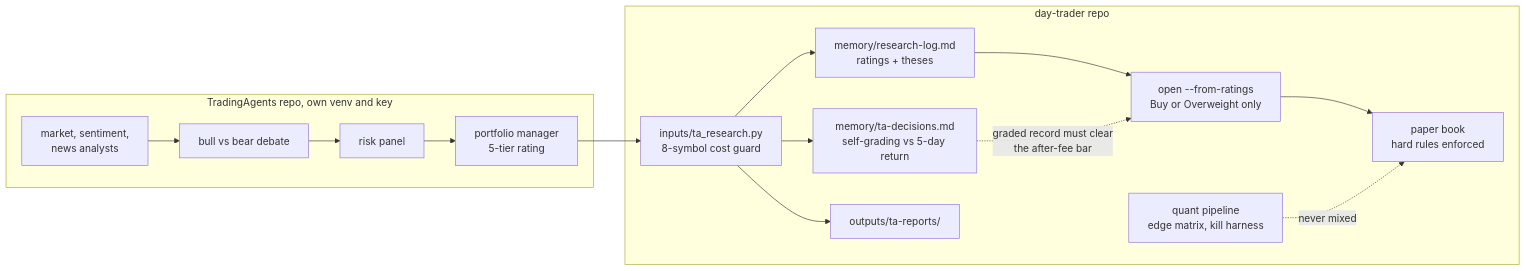
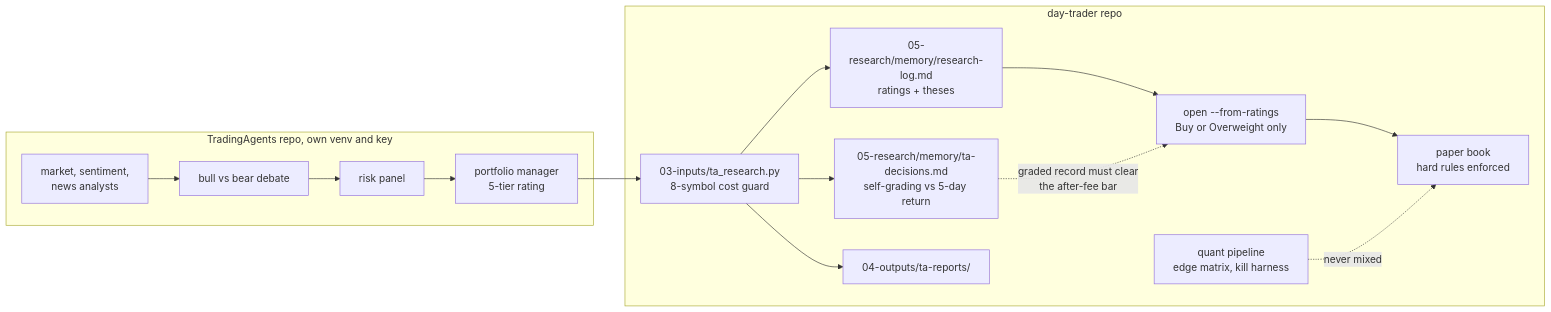
The diagram in README.md (seamusrobertmurphy/swing-trader), drawn with Mermaid before and after one commit. The commit also changed other lines of this file and 972 other files, not shown here.

````diff
--- a/README.md
+++ b/README.md
@@ -665,17 +665,17 @@
 ```mermaid
 flowchart LR
     subgraph TA [TradingAgents repo, own venv and key]
         AN[market, sentiment,<br>news analysts] --> DB[bull vs bear debate]
         DB --> RP[risk panel] --> PM[portfolio manager<br>5-tier rating]
     end
     subgraph DT [day-trader repo]
-        TR[inputs/ta_research.py<br>8-symbol cost guard] --> RL[memory/research-log.md<br>ratings + theses]
-        TR --> TD[memory/ta-decisions.md<br>self-grading vs 5-day return]
-        TR --> RG[outputs/ta-reports/]
+        TR[03-inputs/ta_research.py<br>8-symbol cost guard] --> RL[05-research/memory/research-log.md<br>ratings + theses]
+        TR --> TD[05-research/memory/ta-decisions.md<br>self-grading vs 5-day return]
+        TR --> RG[04-outputs/ta-reports/]
         RL --> GATE[open --from-ratings<br>Buy or Overweight only]
         GATE --> PB[paper book<br>hard rules enforced]
         QP[quant pipeline<br>edge matrix, kill harness] -. never mixed .-> PB
     end
     PM --> TR
     TD -. graded record must clear<br>the after-fee bar .-> GATE
 ```
````
